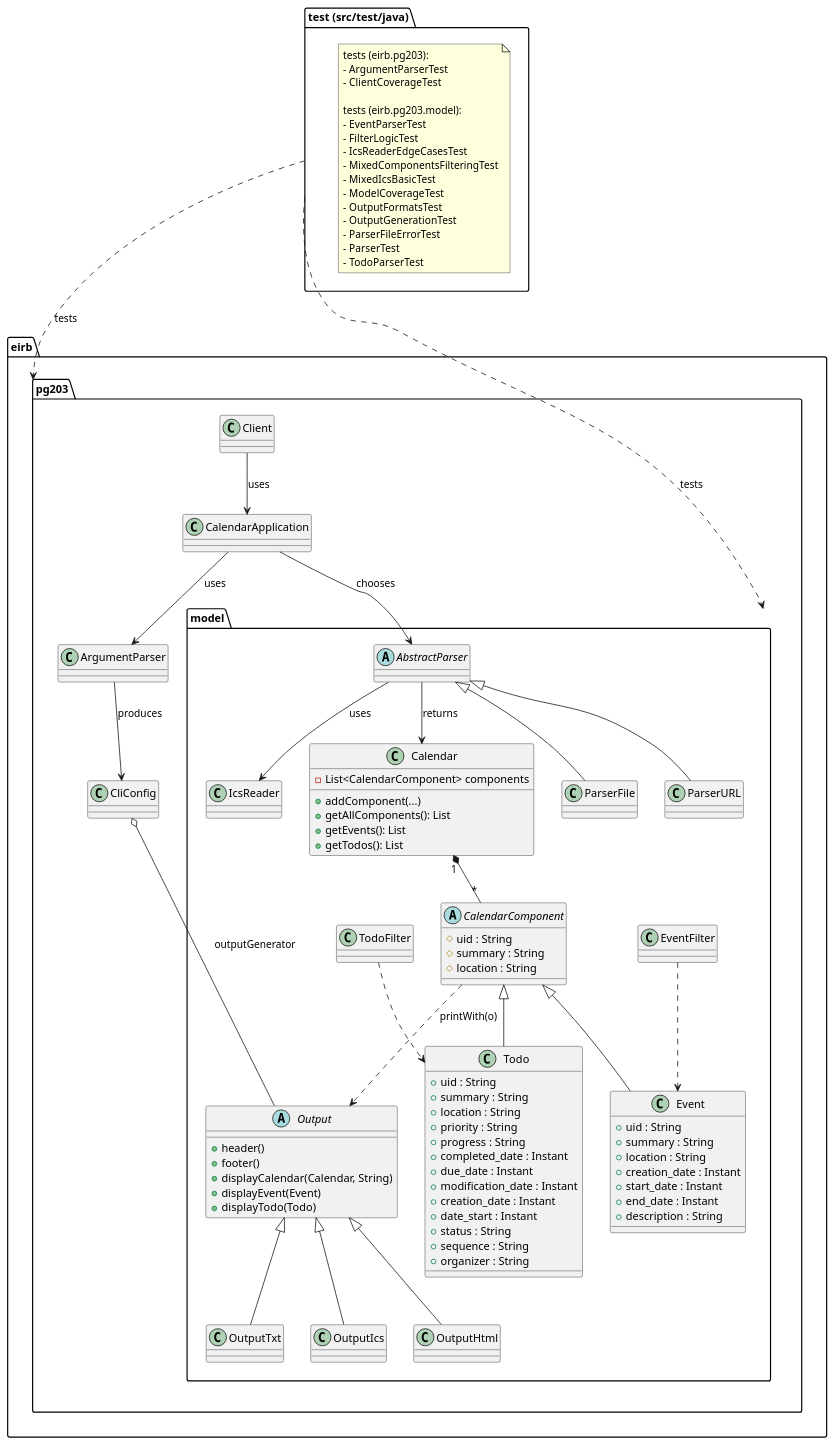
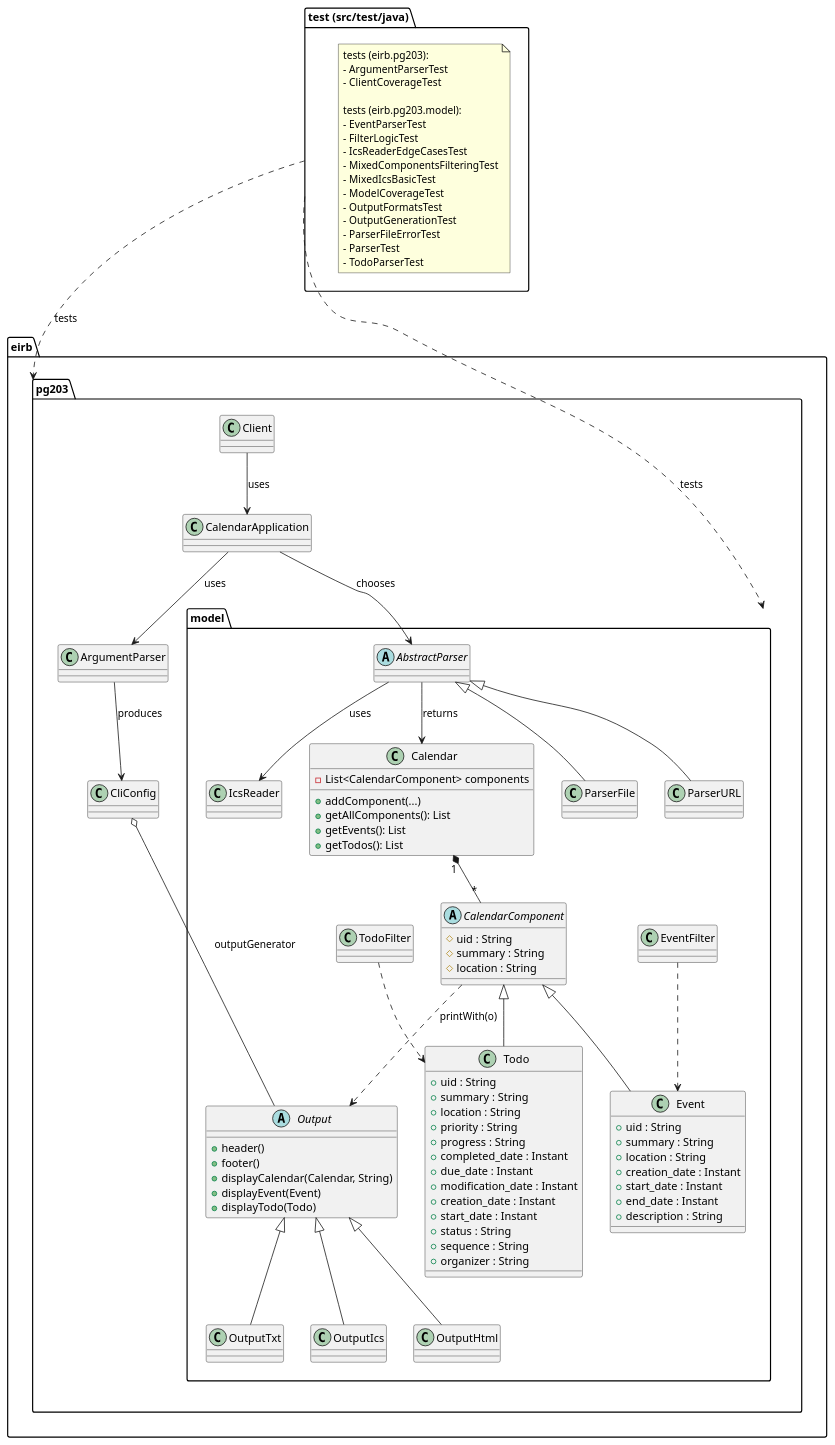
Before and after one commit to EnzoPicarel/ics-parser-java: the diagram in diagramme.puml, drawn with PlantUML. The commit also changed 5 other files, not shown here.

Commit message:
minor change, change date_start in start_date for todo, suppression redondance constructeur event

```diff
--- a/diagramme.puml
+++ b/diagramme.puml
@@ -1,128 +1,128 @@
 @startuml
 ' Packages
 package "eirb.pg203" {
   class Client
   class CalendarApplication
   class ArgumentParser
   class CliConfig
   ' Parser = util / legacy (commentaire OK)
 }
 
 package "eirb.pg203.model" {
   abstract class AbstractParser
   class ParserFile
   class ParserURL
   class IcsReader
 
   class Calendar {
     - List<CalendarComponent> components
     + addComponent(...)
     + getAllComponents(): List
     + getEvents(): List
     + getTodos(): List
   }
 
   abstract class CalendarComponent {
     # uid : String
     # summary : String
     # location : String
   }
 
   class Event {
     + uid : String
     + summary : String
     + location : String
     + creation_date : Instant
     + start_date : Instant
     + end_date : Instant
     + description : String
   }
 
   class Todo {
     + uid : String
     + summary : String
     + location : String
     + priority : String
     + progress : String
     + completed_date : Instant
     + due_date : Instant
     + modification_date : Instant
     + creation_date : Instant
-    + date_start : Instant
+    + start_date : Instant
     + status : String
     + sequence : String
     + organizer : String
   }
 
   abstract class Output {
     + header()
     + footer()
     + displayCalendar(Calendar, String)
     + displayEvent(Event)
     + displayTodo(Todo)
   }
   class OutputTxt
   class OutputIcs
   class OutputHtml
 
   class EventFilter
   class TodoFilter
 }
 
 ' Inheritance / Implementation
 AbstractParser <|-- ParserFile
 AbstractParser <|-- ParserURL
 
 CalendarComponent <|-- Event
 CalendarComponent <|-- Todo
 
 Output <|-- OutputTxt
 Output <|-- OutputIcs
 Output <|-- OutputHtml
 
 ' Associations / usages
 Client --> CalendarApplication : uses
 CalendarApplication --> ArgumentParser : uses
 ArgumentParser --> CliConfig : produces
 CalendarApplication --> AbstractParser : chooses
 AbstractParser --> IcsReader : uses
 AbstractParser --> Calendar : returns
 Calendar "1" *-- "*" CalendarComponent
 
 EventFilter ..> Event
 TodoFilter ..> Todo
 
 ' CliConfig choisit/porte le générateur de sortie
 CliConfig o-- Output : outputGenerator
 
 ' Si vous avez CalendarComponent.printWith(Output)
 CalendarComponent ..> Output : printWith(o)
 
 ' Tests package (simplified)
 package "test (src/test/java)" {
   note as Tests
     tests (eirb.pg203):
     - ArgumentParserTest
     - ClientCoverageTest
 
     tests (eirb.pg203.model):
     - EventParserTest
     - FilterLogicTest
     - IcsReaderEdgeCasesTest
     - MixedComponentsFilteringTest
     - MixedIcsBasicTest
     - ModelCoverageTest
     - OutputFormatsTest
     - OutputGenerationTest
     - ParserFileErrorTest
     - ParserTest
     - TodoParserTest
   end note
 }
 
 ' Une (ou deux) dépendances globales pour montrer que les tests couvrent le code
 "test (src/test/java)" ..> "eirb.pg203" : tests
 "test (src/test/java)" ..> "eirb.pg203.model" : tests
 
 
 @enduml
```
